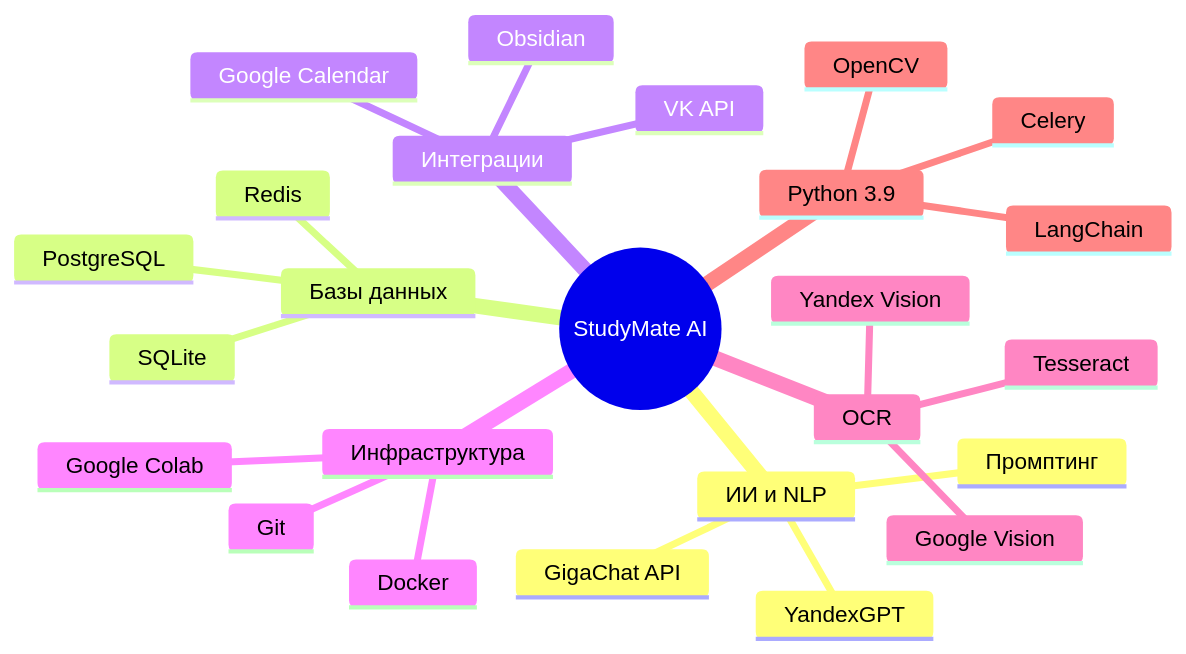
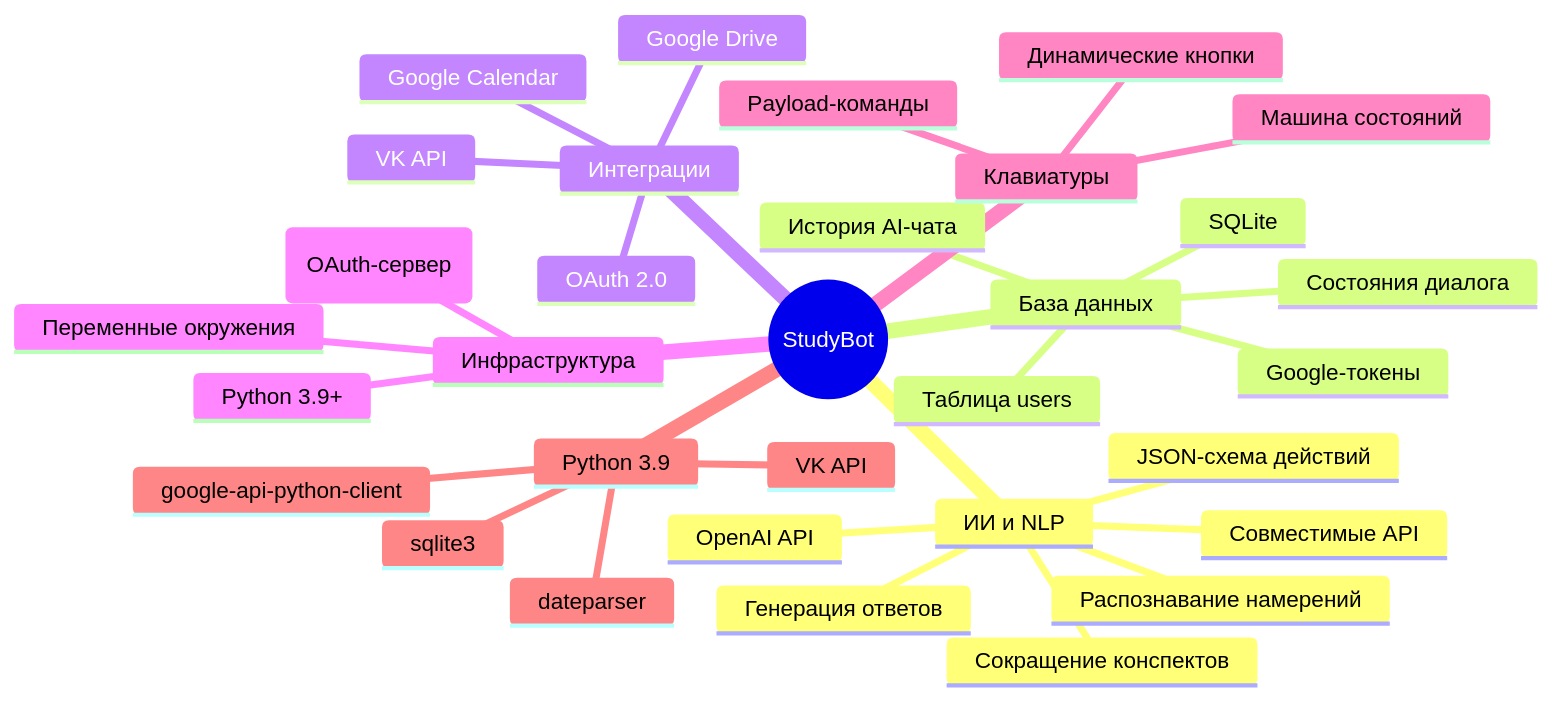
One commit to algorithm-ssau/6301_team1 changed the diagram in README.md. Above: the diagram before and after it, drawn with Mermaid. The commit also changed other lines of this file, not shown here.

Commit message:
Остаточное редактирование
- Изменение визуализированной структуры аспектов программного продукта

- Примечание ко вкладу участников

````diff
--- a/README.md
+++ b/README.md
@@ -344,36 +344,43 @@
 ```mermaid
 %%{init: {'theme': 'default', 'themeVariables': {
   'primaryColor': '#2c3e50',
   'primaryTextColor': '#fff',
   'primaryBorderColor': '#7f8c8d',
   'lineColor': '#34495e',
   'secondaryColor': '#34495e',
   'tertiaryColor': '#fff'
 }}}%%
 mindmap
-  root((StudyMate AI))
+  root((StudyBot))
     ИИ и NLP
-      GigaChat API
-      YandexGPT
-      Промптинг
-    Базы данных
-      PostgreSQL
+      OpenAI API
+      Совместимые API
+      Распознавание намерений
+      JSON-схема действий
+      Генерация ответов
+      Сокращение конспектов
+    База данных
       SQLite
-      Redis
+      Таблица users
+      Состояния диалога
+      История AI-чата
+      Google-токены
     Интеграции
+      VK API
+      Google Drive
       Google Calendar
-      Obsidian
+      OAuth 2.0
+    Инфраструктура
+      Flask (OAuth-сервер)
+      Python 3.9+
+      Переменные окружения
+    Клавиатуры
+      Динамические кнопки
+      Payload-команды
+      Машина состояний
+    Python 3.9
       VK API
-    Инфраструктура
-      Google Colab
-      Docker
-      Git
-    OCR
-      Tesseract
-      Yandex Vision
-      Google Vision
-    Python 3.9
-      LangChain
-      Celery
-      OpenCV
+      google-api-python-client
+      sqlite3
+      dateparser
 ```
````
